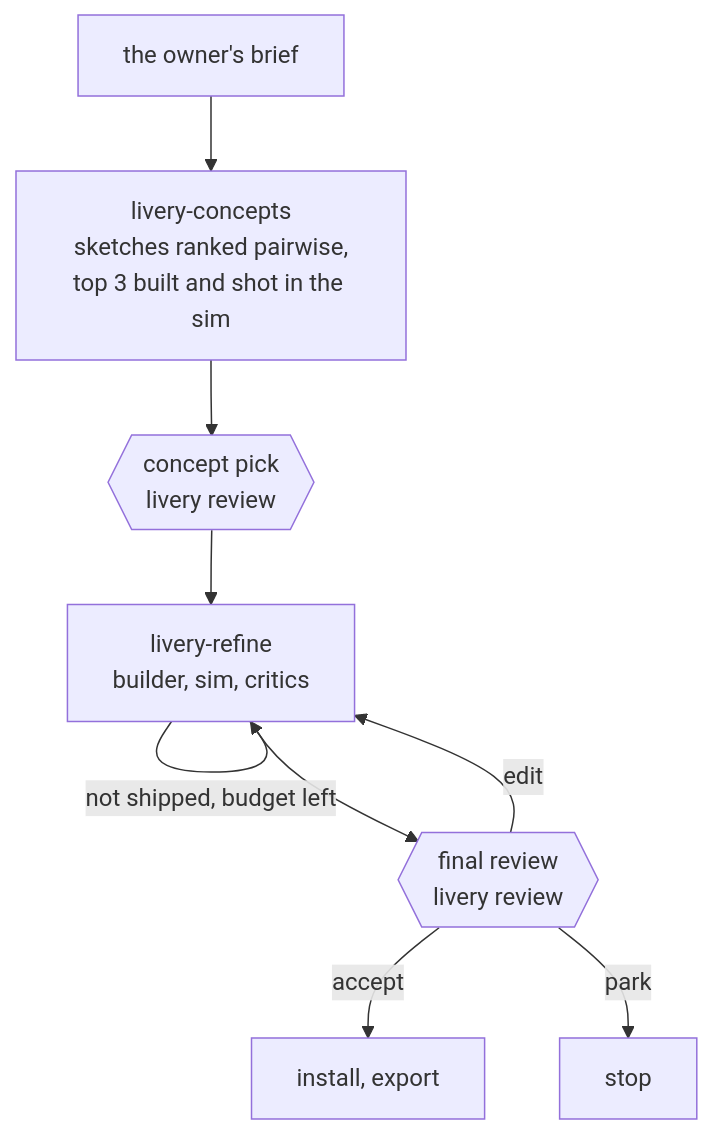
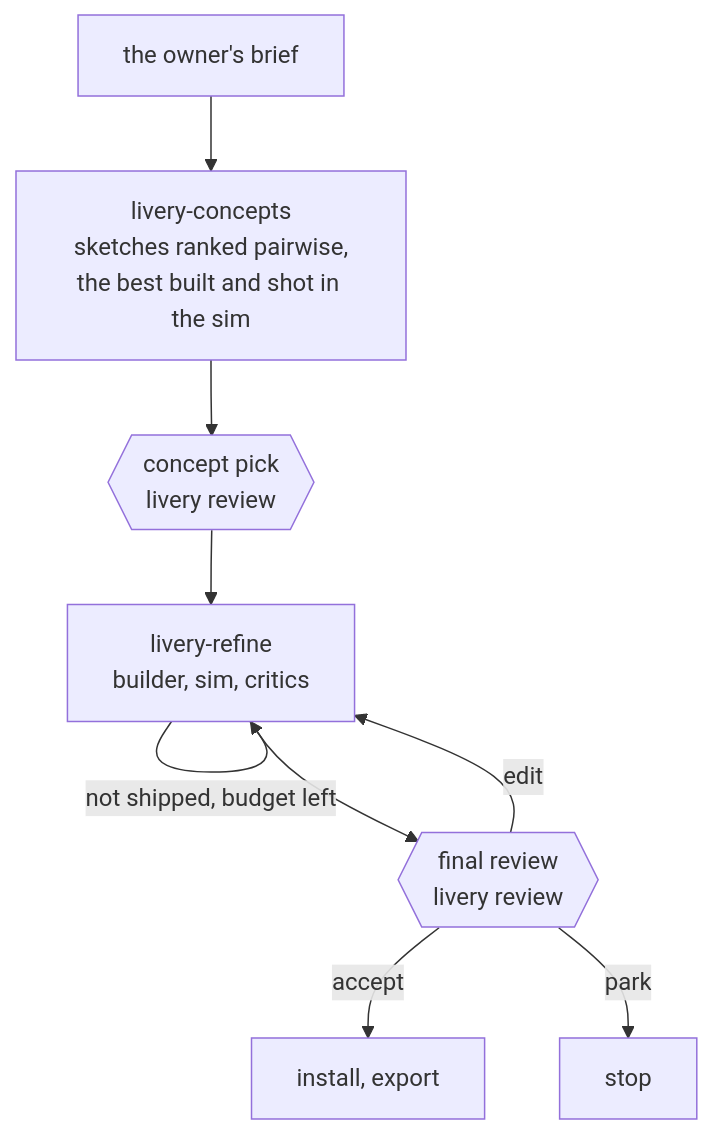
The second of 2 diagrams in docs/architecture.md (nickolaj-jepsen/fartstriber), drawn with Mermaid before and after one commit. The commit also changed other lines of this file and 43 other files, not shown here.

````diff
--- a/docs/architecture.md
+++ b/docs/architecture.md
@@ -305,11 +243,11 @@
 ```mermaid
 flowchart TD
-  brief["the owner's brief"] --> concepts["livery-concepts<br/>sketches ranked pairwise,<br/>top 3 built and shot in the sim"]
+  brief["the owner's brief"] --> concepts["livery-concepts<br/>sketches ranked pairwise,<br/>the best built and shot in the sim"]
   concepts --> pick{{"concept pick<br/>livery review"}}
   pick --> refine["livery-refine<br/>builder, sim, critics"]
   refine -- "not shipped, budget left" --> refine
   refine --> final{{"final review<br/>livery review"}}
   final -- edit --> refine
   final -- accept --> install["install, export"]
   final -- park --> stop["stop"]
 ```
````
